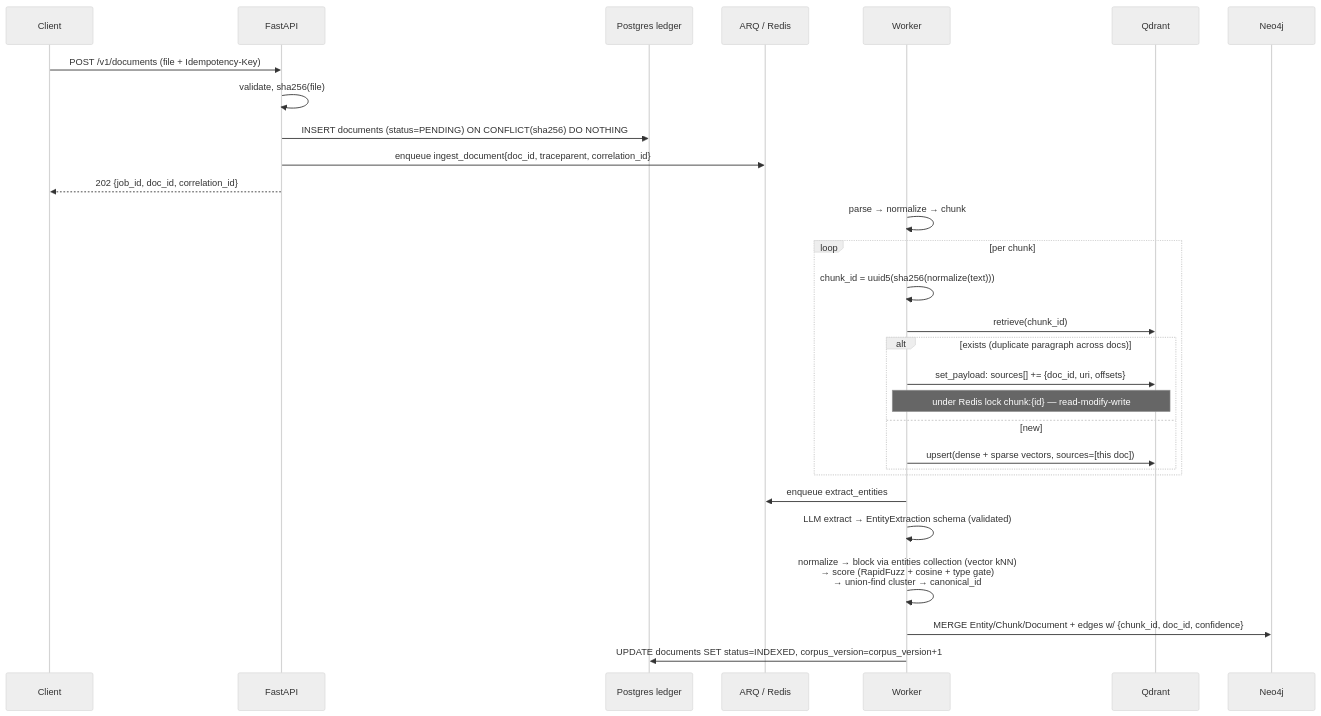
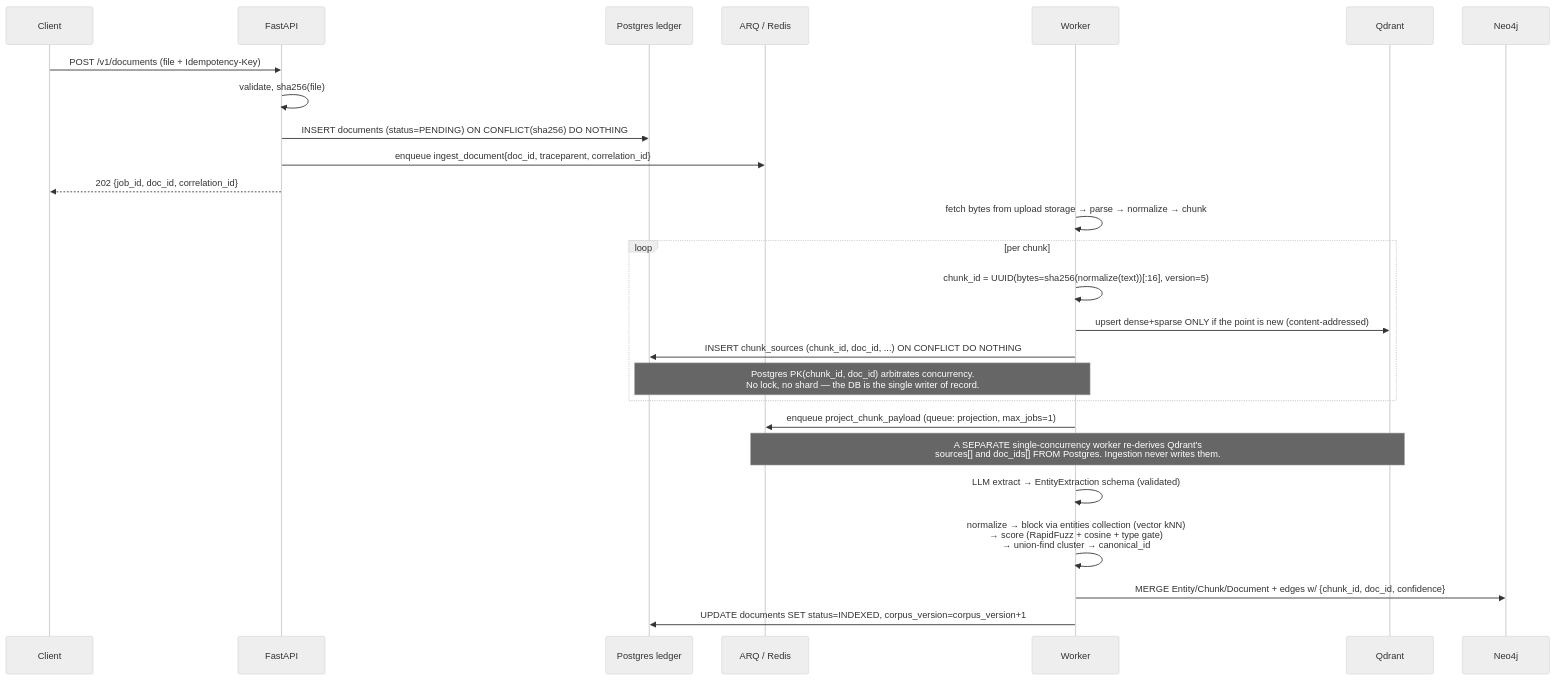
Before and after one commit to FulminataXII/GraphRAG: the third of 3 diagrams in ARCHITECTURE.md, drawn with Mermaid (neutral theme). The commit also changed other lines of this file and 3 other files, not shown here.

````diff
--- a/ARCHITECTURE.md
+++ b/ARCHITECTURE.md
@@ -155,33 +155,30 @@
 ```mermaid
 sequenceDiagram
     participant C as Client
     participant API as FastAPI
     participant PG as Postgres ledger
     participant Q as ARQ / Redis
     participant W as Worker
     participant QD as Qdrant
     participant NEO as Neo4j
 
     C->>API: POST /v1/documents (file + Idempotency-Key)
     API->>API: validate, sha256(file)
     API->>PG: INSERT documents (status=PENDING) ON CONFLICT(sha256) DO NOTHING
     API->>Q: enqueue ingest_document{doc_id, traceparent, correlation_id}
     API-->>C: 202 {job_id, doc_id, correlation_id}
 
-    W->>W: parse → normalize → chunk
+    W->>W: fetch bytes from upload storage → parse → normalize → chunk
     loop per chunk
-        W->>W: chunk_id = uuid5(sha256(normalize(text)))
-        W->>QD: retrieve(chunk_id)
-        alt exists (duplicate paragraph across docs)
-            W->>QD: set_payload: sources[] += {doc_id, uri, offsets}
-            Note over W,QD: under Redis lock chunk:{id} — read-modify-write
-        else new
-            W->>QD: upsert(dense + sparse vectors, sources=[this doc])
-        end
+        W->>W: chunk_id = UUID(bytes=sha256(normalize(text))[:16], version=5)
+        W->>QD: upsert dense+sparse ONLY if the point is new (content-addressed)
+        W->>PG: INSERT chunk_sources (chunk_id, doc_id, ...) ON CONFLICT DO NOTHING
+        Note over W,PG: Postgres PK(chunk_id, doc_id) arbitrates concurrency.<br/>No lock, no shard — the DB is the single writer of record.
     end
-    W->>Q: enqueue extract_entities
+    W->>Q: enqueue project_chunk_payload (queue: projection, max_jobs=1)
+    Note over Q,QD: A SEPARATE single-concurrency worker re-derives Qdrant's<br/>sources[] and doc_ids[] FROM Postgres. Ingestion never writes them.
     W->>W: LLM extract → EntityExtraction schema (validated)
     W->>W: normalize → block via entities collection (vector kNN)<br/>→ score (RapidFuzz + cosine + type gate)<br/>→ union-find cluster → canonical_id
     W->>NEO: MERGE Entity/Chunk/Document + edges w/ {chunk_id, doc_id, confidence}
     W->>PG: UPDATE documents SET status=INDEXED, corpus_version=corpus_version+1
 ```
````
